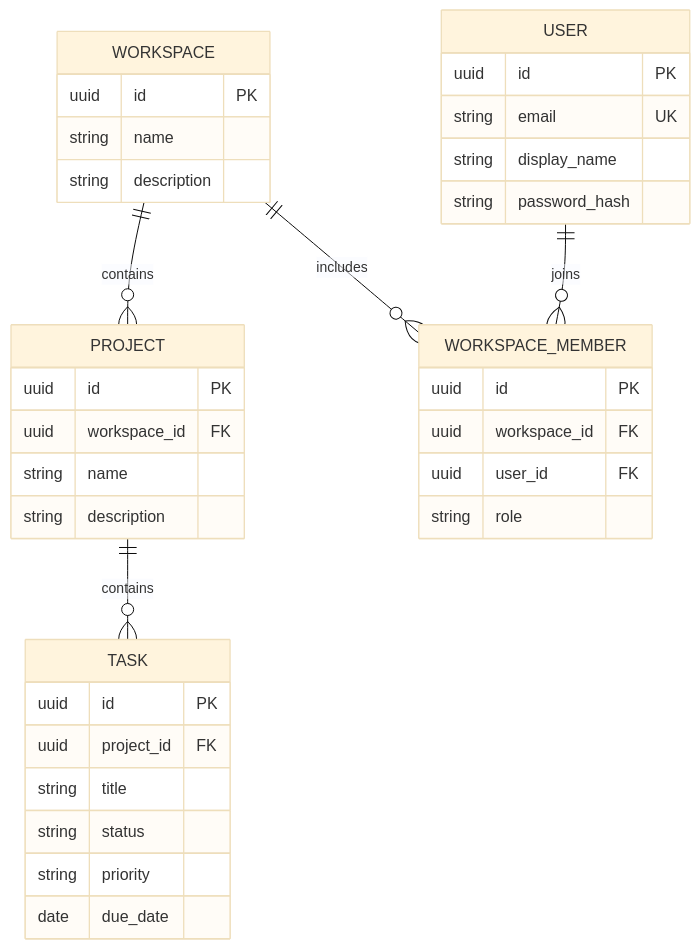
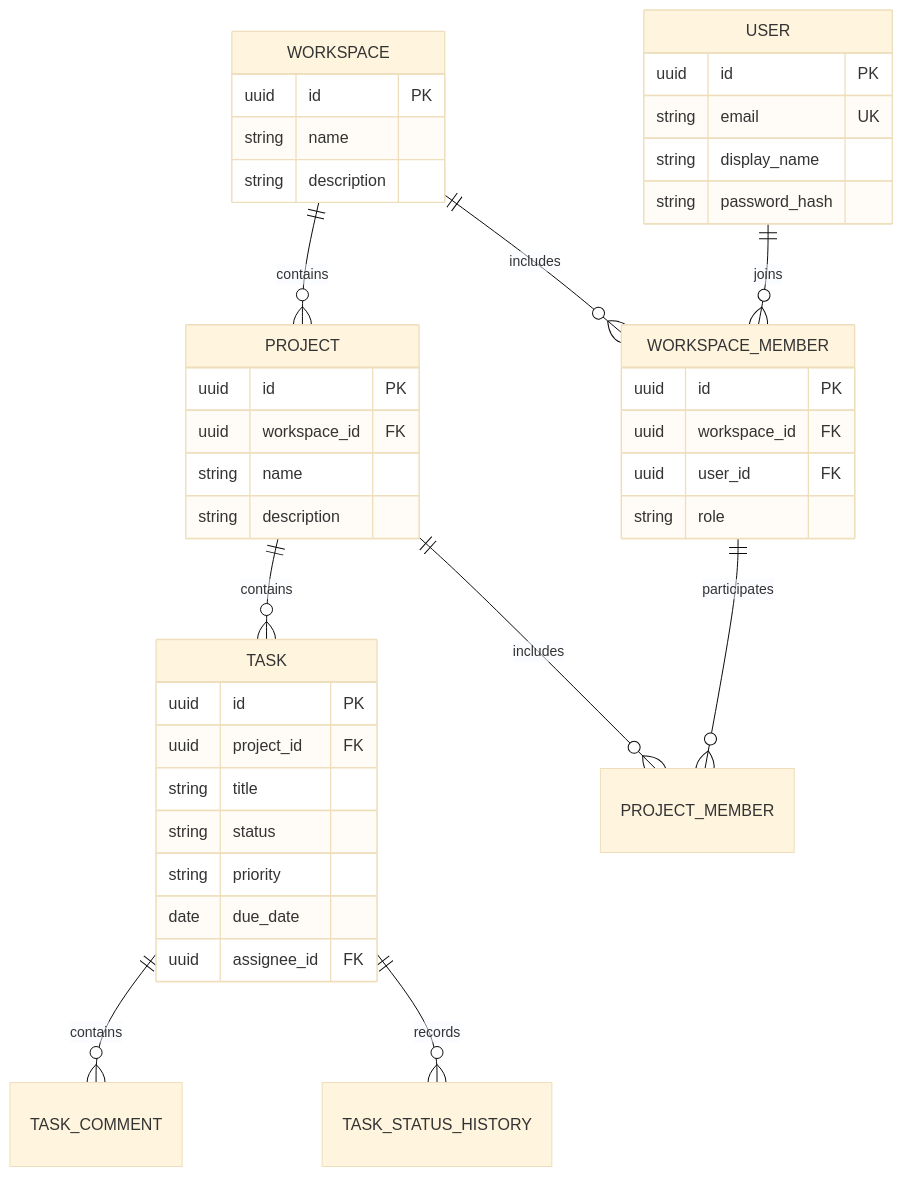
One commit to HiliyItishnik/teamflow changed the diagram in docs/architecture.md. Above: the diagram before and after it, drawn with Mermaid (base theme). The commit also changed other lines of this file and 34 other files, not shown here.

Commit message:
feat: add project collaboration and task status history

````diff
--- a/docs/architecture.md
+++ b/docs/architecture.md
@@ -6,38 +6,43 @@
 ```mermaid
 erDiagram
     WORKSPACE ||--o{ PROJECT : contains
     PROJECT ||--o{ TASK : contains
     WORKSPACE ||--o{ WORKSPACE_MEMBER : includes
     USER ||--o{ WORKSPACE_MEMBER : joins
+    PROJECT ||--o{ PROJECT_MEMBER : includes
+    WORKSPACE_MEMBER ||--o{ PROJECT_MEMBER : participates
+    TASK ||--o{ TASK_COMMENT : contains
+    TASK ||--o{ TASK_STATUS_HISTORY : records
     USER {
         uuid id PK
         string email UK
         string display_name
         string password_hash
     }
     WORKSPACE_MEMBER {
         uuid id PK
         uuid workspace_id FK
         uuid user_id FK
         string role
     }
     WORKSPACE {
         uuid id PK
         string name
         string description
     }
     PROJECT {
         uuid id PK
         uuid workspace_id FK
         string name
         string description
     }
     TASK {
         uuid id PK
         uuid project_id FK
         string title
         string status
         string priority
         date due_date
+        uuid assignee_id FK
     }
 ```
````
